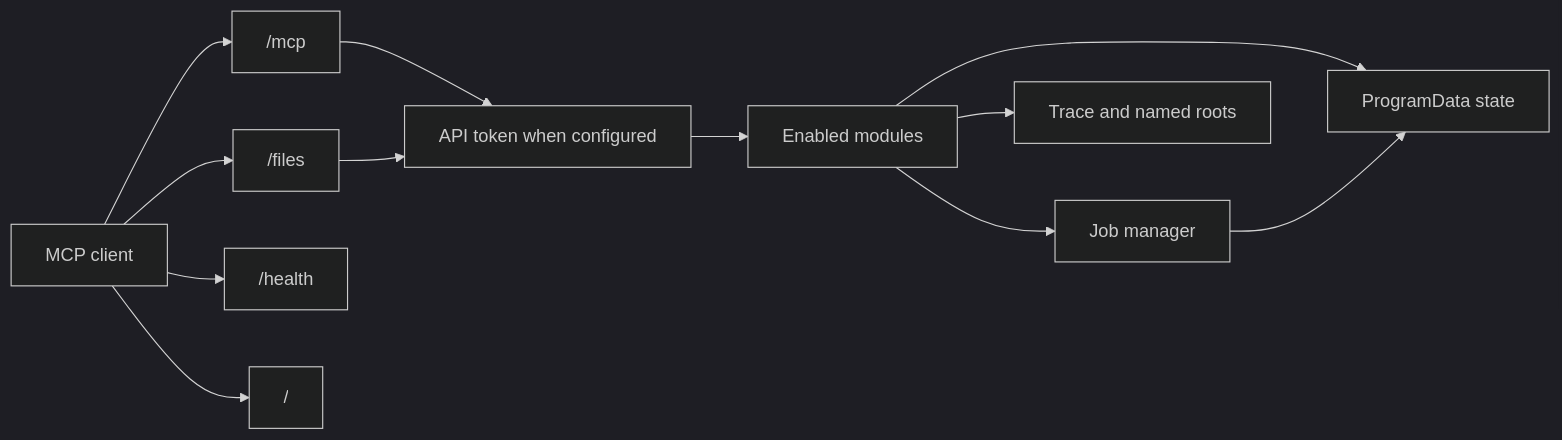
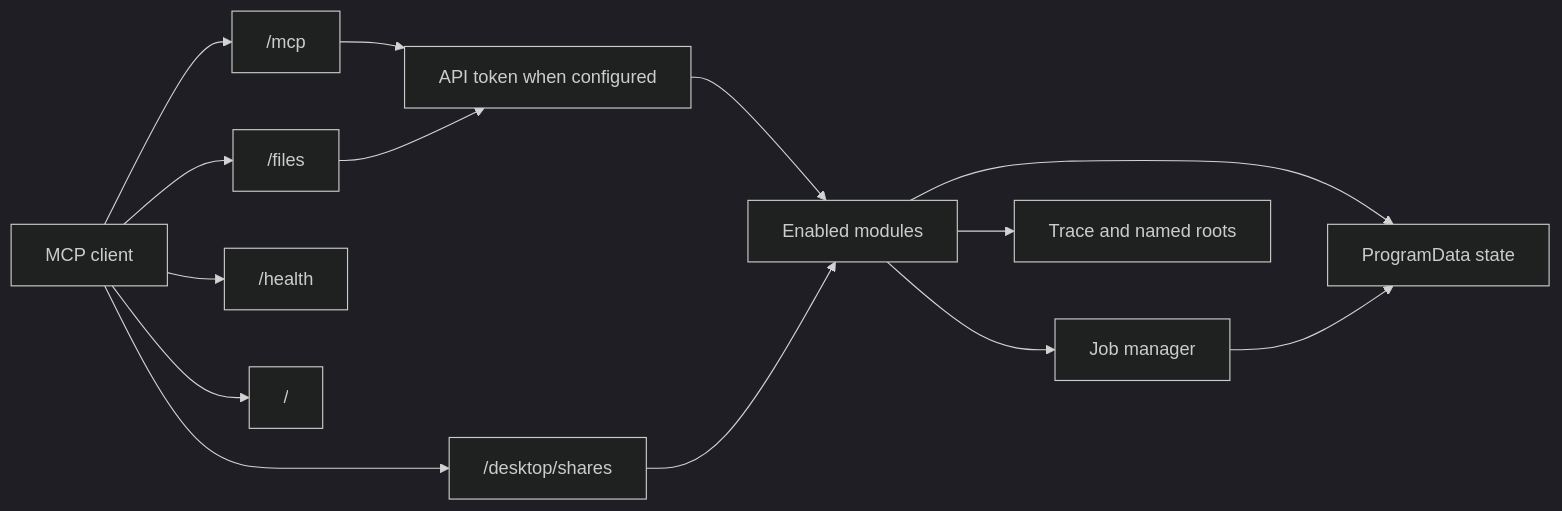
The diagram in docs/architecture.md (nefarius/Vestigo), drawn with Mermaid (dark theme) before and after one commit. The commit also changed other lines of this file and 17 other files, not shown here.

````diff
--- a/docs/architecture.md
+++ b/docs/architecture.md
@@ -5,14 +5,16 @@
 ```mermaid
 flowchart LR
     client[MCP client] --> mcp["/mcp"]
     client --> filesHttp["/files"]
+    client --> shares["/desktop/shares"]
     client --> health["/health"]
     client --> root["/"]
     mcp --> auth[API token when configured]
     filesHttp --> auth
     auth --> modules[Enabled modules]
+    shares --> modules
     modules --> jobs[Job manager]
     modules --> roots[Trace and named roots]
     modules --> state[ProgramData state]
     jobs --> state
 ```
````
